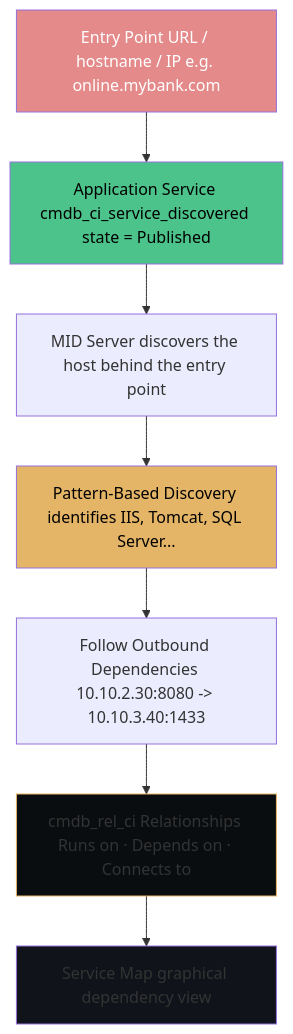
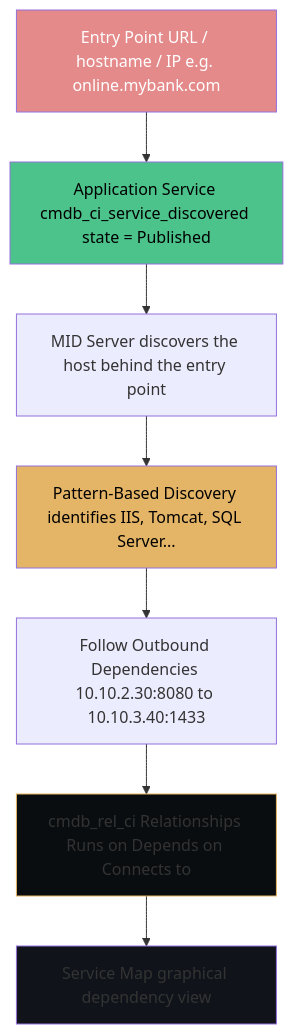
Before and after one commit to eltonaguiar/ServiceNow_Learning_TSOM-_CSM_FSM_SalesCRM_HAM_ITSM: the third of 6 diagrams in docs/modules/servicemapping/servicemapping-guide.md, drawn with Mermaid. The commit also changed other lines of this file and 18 other files, not shown here.

First line of the commit message:
Fix all Mermaid diagram syntax errors across the site

````diff
--- a/docs/modules/servicemapping/servicemapping-guide.md
+++ b/docs/modules/servicemapping/servicemapping-guide.md
@@ -397,24 +397,24 @@
 ```mermaid
 flowchart TD
-    Entry["Entry Point URL / hostname / IP e.g. online.mybank.com"]
-    Service["Application Service cmdb_ci_service_discovered state = Published"]
-    MID["MID Server discovers the host behind the entry point"]
-    Pattern["Pattern-Based Discovery identifies IIS, Tomcat, SQL Server..."]
-    Dep["Follow Outbound Dependencies 10.10.2.30:8080 -> 10.10.3.40:1433"]
-    Rel["cmdb_rel_ci Relationships Runs on · Depends on · Connects to"]
-    Map["Service Map graphical dependency view"]
+    Entry[Entry Point URL / hostname / IP e.g. online.mybank.com]
+    Service[Application Service cmdb_ci_service_discovered state = Published]
+    MID[MID Server discovers the host behind the entry point]
+    Pattern[Pattern-Based Discovery identifies IIS, Tomcat, SQL Server...]
+    Dep[Follow Outbound Dependencies 10.10.2.30:8080 to 10.10.3.40:1433]
+    Rel[cmdb_rel_ci Relationships Runs on Depends on Connects to]
+    Map[Service Map graphical dependency view]
 
     Entry --> Service
     Service --> MID
     MID --> Pattern
     Pattern --> Dep
     Dep --> Rel
     Rel --> Map
 
     style Entry fill:#e58a8a,color:#fff
     style Service fill:#4cc38a,color:#000
     style Pattern fill:#e5b567,color:#000
     style Rel fill:#0a0d10,stroke:#e5b567
     style Map fill:#10141a
 
 ```
````
